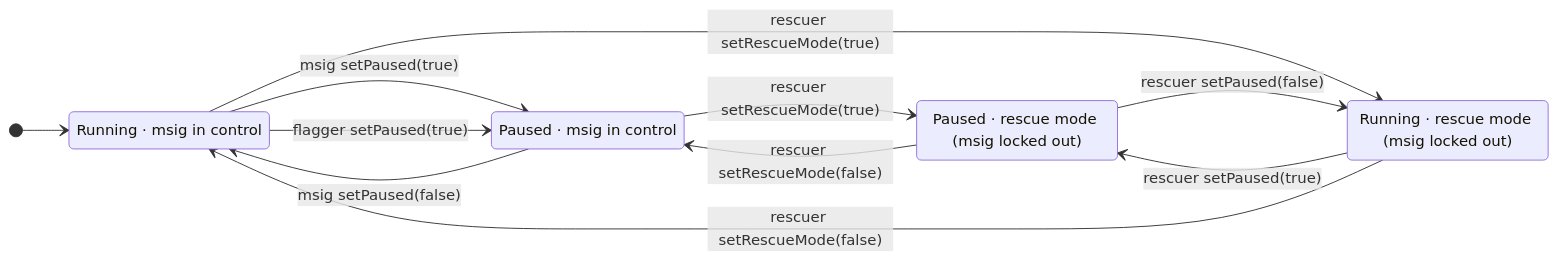
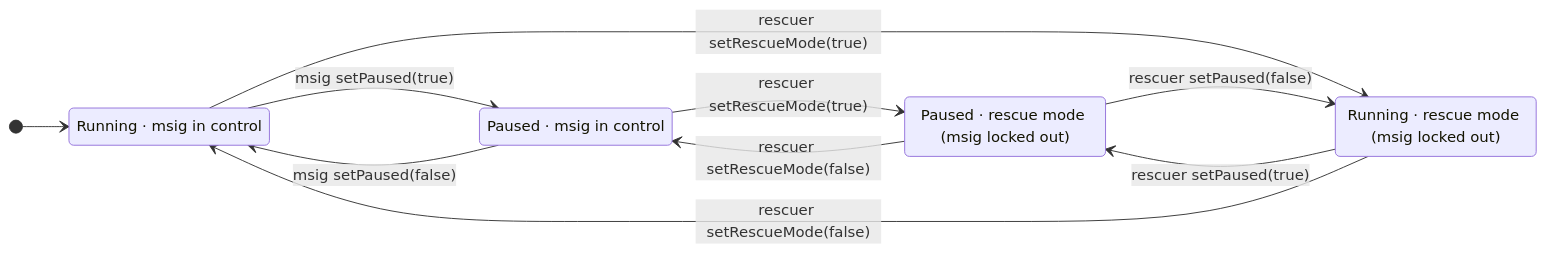
Before and after one commit to TempleDAO/temple: the diagram in protocol/contracts/templegold/docs/fpa-simplified-model.md, drawn with Mermaid. The commit also changed other lines of this file and 10 other files, not shown here.

````diff
--- a/protocol/contracts/templegold/docs/fpa-simplified-model.md
+++ b/protocol/contracts/templegold/docs/fpa-simplified-model.md
@@ -152,22 +149,21 @@
 ```mermaid
 stateDiagram-v2
     direction LR
     state "Running · msig in control" as RunMsig
     state "Paused · msig in control" as PauseMsig
     state "Running · rescue mode (msig locked out)" as RunRescue
     state "Paused · rescue mode (msig locked out)" as PauseRescue
 
     [*] --> RunMsig
     RunMsig --> PauseMsig: msig setPaused(true)
-    RunMsig --> PauseMsig: flagger setPaused(true)
     PauseMsig --> RunMsig: msig setPaused(false)
 
     RunMsig --> RunRescue: rescuer setRescueMode(true)
     PauseMsig --> PauseRescue: rescuer setRescueMode(true)
 
     RunRescue --> PauseRescue: rescuer setPaused(true)
     PauseRescue --> RunRescue: rescuer setPaused(false)
 
     RunRescue --> RunMsig: rescuer setRescueMode(false)
     PauseRescue --> PauseMsig: rescuer setRescueMode(false)
 ```
````
